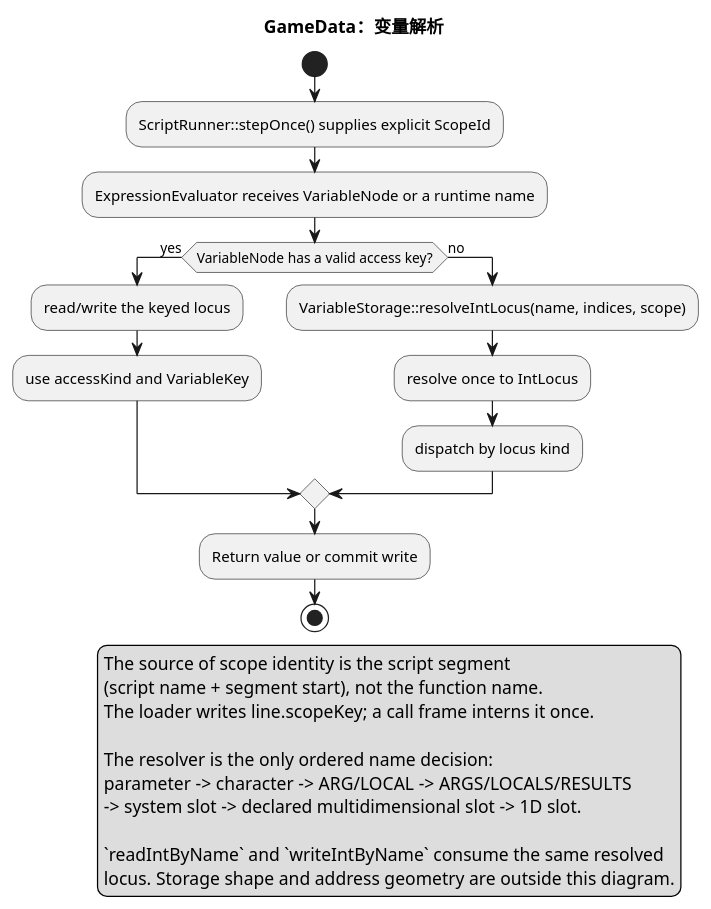
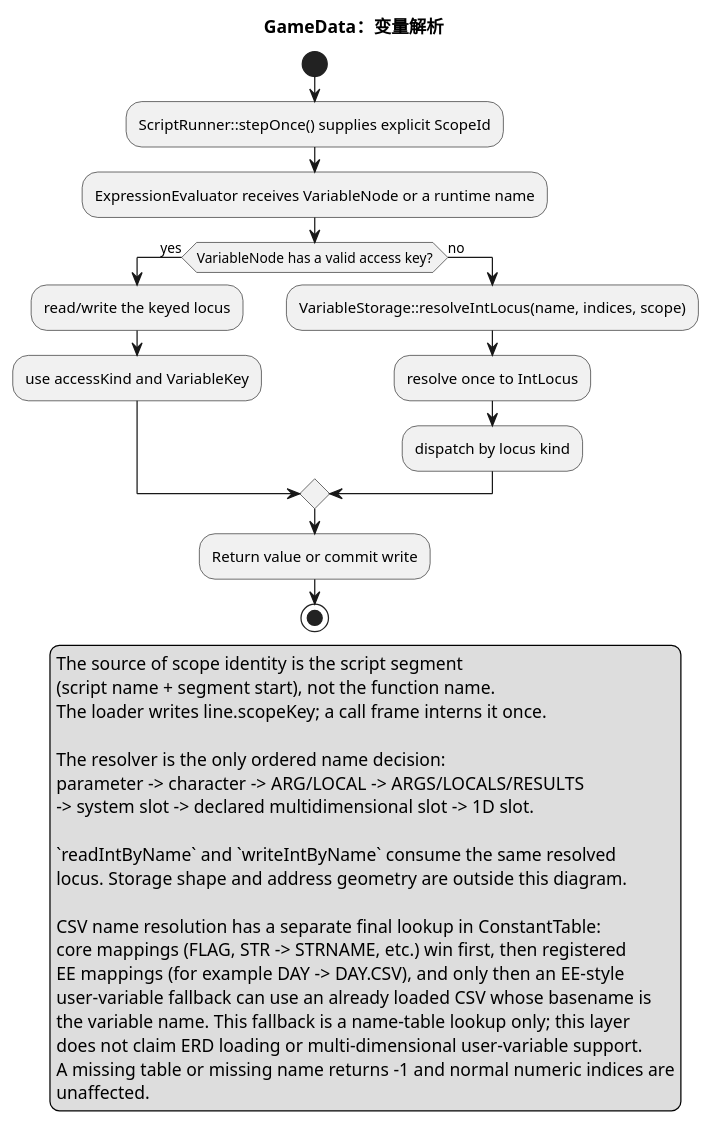
The diagram in docs/uml/07-variable-resolution.puml (yigekuyou/qt-eraemu), drawn with PlantUML before and after one commit. The commit also changed 3 other files, not shown here.

```diff
--- a/docs/uml/07-variable-resolution.puml
+++ b/docs/uml/07-variable-resolution.puml
@@ -1,38 +1,47 @@
 @startuml 07-variable-resolution
 !pragma layout smetana
 !pragma useVerticalIf on
 ' 变量名字、作用域与访问描述符的唯一解析顺序。
 ' 来源：GameData/ast/variable_table.h, expression_evaluator.h,
 '       GameData/Variable/variable_storage.h, GameProc/script_runner.h
 
 title GameData：变量解析
 
 start
 :ScriptRunner::stepOnce() supplies explicit ScopeId;
 :ExpressionEvaluator receives VariableNode or a runtime name;
 
 if (VariableNode has a valid access key?) then (yes)
   :read/write the keyed locus;
   :use accessKind and VariableKey;
 else (no)
   :VariableStorage::resolveIntLocus(name, indices, scope);
   :resolve once to IntLocus;
   :dispatch by locus kind;
 endif
 
 :Return value or commit write;
 stop
 
 legend right
   The source of scope identity is the script segment
   (script name + segment start), not the function name.
   The loader writes line.scopeKey; a call frame interns it once.
 
   The resolver is the only ordered name decision:
   parameter -> character -> ARG/LOCAL -> ARGS/LOCALS/RESULTS
   -> system slot -> declared multidimensional slot -> 1D slot.
 
   `readIntByName` and `writeIntByName` consume the same resolved
   locus. Storage shape and address geometry are outside this diagram.
+
+  CSV name resolution has a separate final lookup in ConstantTable:
+  core mappings (FLAG, STR -> STRNAME, etc.) win first, then registered
+  EE mappings (for example DAY -> DAY.CSV), and only then an EE-style
+  user-variable fallback can use an already loaded CSV whose basename is
+  the variable name. This fallback is a name-table lookup only; this layer
+  does not claim ERD loading or multi-dimensional user-variable support.
+  A missing table or missing name returns -1 and normal numeric indices are
+  unaffected.
 endlegend
 @enduml
```
